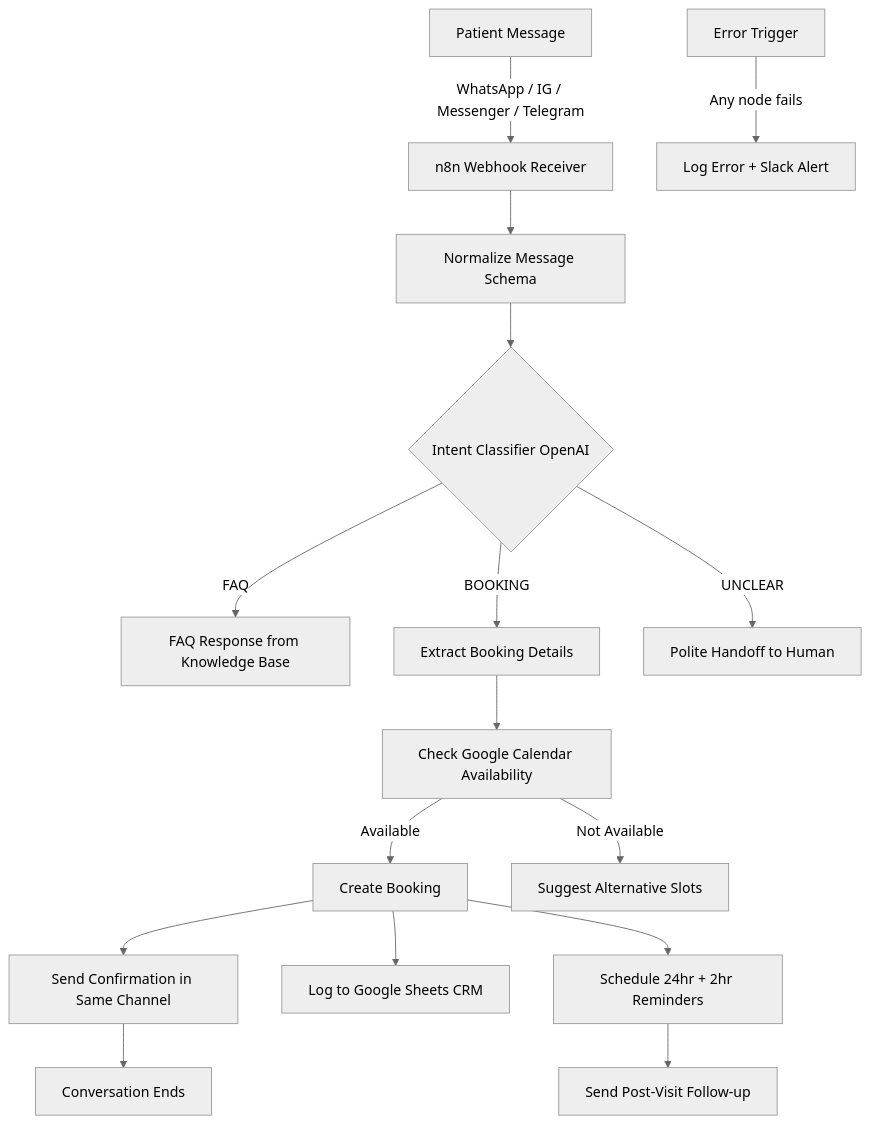
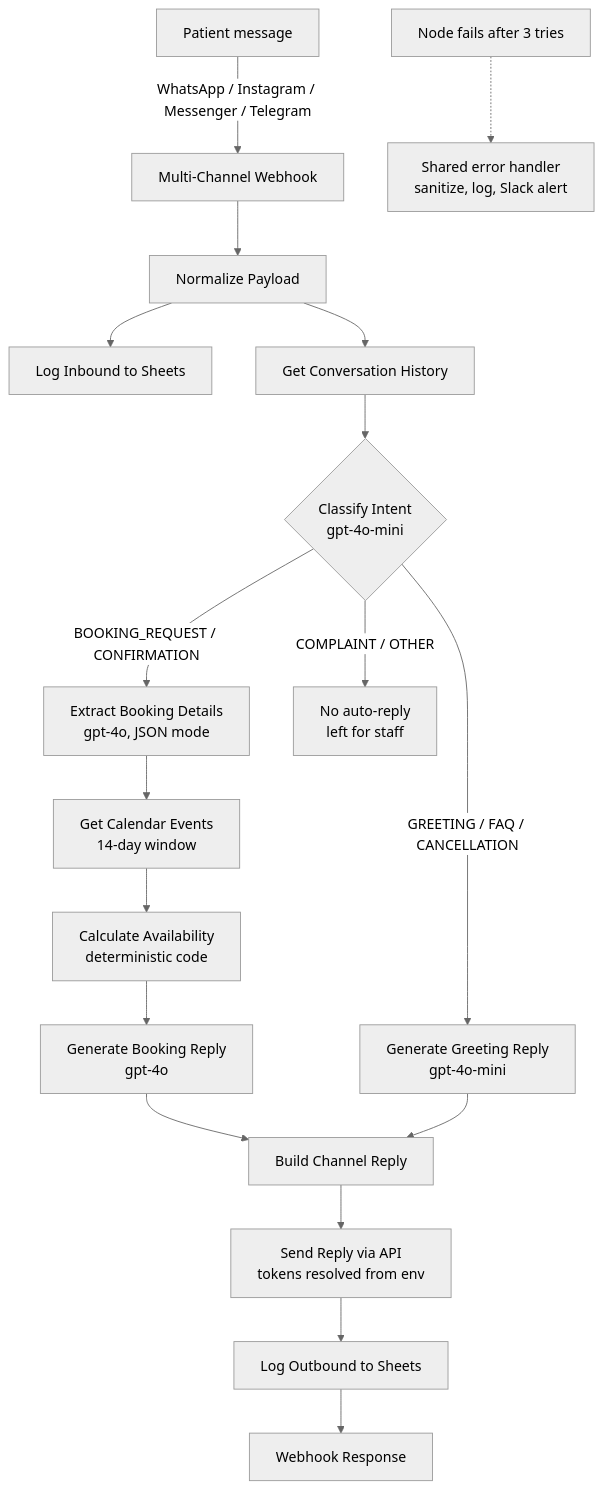
One commit to khaledabdelaziz1330-dot/Khaled-AI-Automation-Portfolio changed the diagram in clinic-booking-system/README.md. Above: the diagram before and after it, drawn with Mermaid (neutral theme). The commit also changed other lines of this file and 50 other files, not shown here.

First line of the commit message:
Align portfolio docs with workflow exports; add shared error handler

````diff
--- a/clinic-booking-system/README.md
+++ b/clinic-booking-system/README.md
@@ -31,19 +34,21 @@
 ```mermaid
 flowchart TD
-    A[Patient Message] -->|WhatsApp / IG / Messenger / Telegram| B[n8n Webhook Receiver]
-    B --> C[Normalize Message Schema]
-    C --> D{Intent Classifier OpenAI}
-    D -->|FAQ| E[FAQ Response from Knowledge Base]
-    D -->|BOOKING| F[Extract Booking Details]
-    D -->|UNCLEAR| G[Polite Handoff to Human]
-    F --> H[Check Google Calendar Availability]
-    H -->|Available| I[Create Booking]
-    H -->|Not Available| J[Suggest Alternative Slots]
-    I --> K[Send Confirmation in Same Channel]
-    I --> L[Log to Google Sheets CRM]
-    I --> M[Schedule 24hr + 2hr Reminders]
-    K --> N[Conversation Ends]
-    M --> O[Send Post-Visit Follow-up]
-    
-    P[Error Trigger] -->|Any node fails| Q[Log Error + Slack Alert]
+    A[Patient message] -->|WhatsApp / Instagram / Messenger / Telegram| B[Multi-Channel Webhook]
+    B --> C[Normalize Payload]
+    C --> L1[Log Inbound to Sheets]
+    C --> H[Get Conversation History]
+    H --> D{Classify Intent<br/>gpt-4o-mini}
+    D -->|BOOKING_REQUEST / CONFIRMATION| E[Extract Booking Details<br/>gpt-4o, JSON mode]
+    E --> F[Get Calendar Events<br/>14-day window]
+    F --> G[Calculate Availability<br/>deterministic code]
+    G --> R1[Generate Booking Reply<br/>gpt-4o]
+    D -->|GREETING / FAQ / CANCELLATION| R2[Generate Greeting Reply<br/>gpt-4o-mini]
+    D -->|COMPLAINT / OTHER| X[No auto-reply<br/>left for staff]
+    R1 --> M[Build Channel Reply]
+    R2 --> M
+    M --> S[Send Reply via API<br/>tokens resolved from env]
+    S --> L2[Log Outbound to Sheets]
+    L2 --> W[Webhook Response]
+
+    ERR[Node fails after 3 tries] -.-> EH[Shared error handler<br/>sanitize, log, Slack alert]
 ```
````
